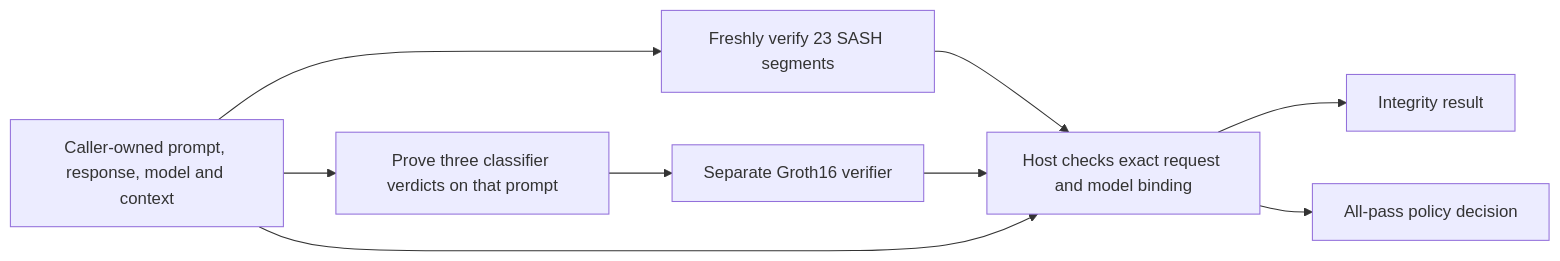
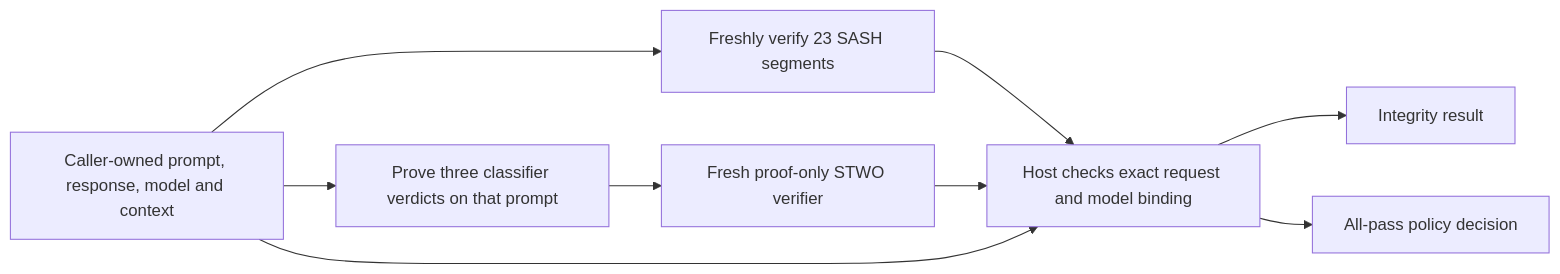
The fourth of 4 diagrams in docs/ARCHITECTURE.md (AbdelStark/hallmark), drawn with Mermaid before and after one commit. The commit also changed other lines of this file and 44 other files, not shown here.

````diff
--- a/docs/ARCHITECTURE.md
+++ b/docs/ARCHITECTURE.md
@@ -198,11 +213,11 @@
 ```mermaid
 flowchart LR
     E[Caller-owned prompt, response, model and context] --> L[Freshly verify 23 SASH segments]
     E --> C[Prove three classifier verdicts on that prompt]
-    C --> V[Separate Groth16 verifier]
+    C --> V[Fresh proof-only STWO verifier]
     L --> J[Host checks exact request and model binding]
     V --> J
     E --> J
     J --> I[Integrity result]
     J --> A[All-pass policy decision]
 ```
````
